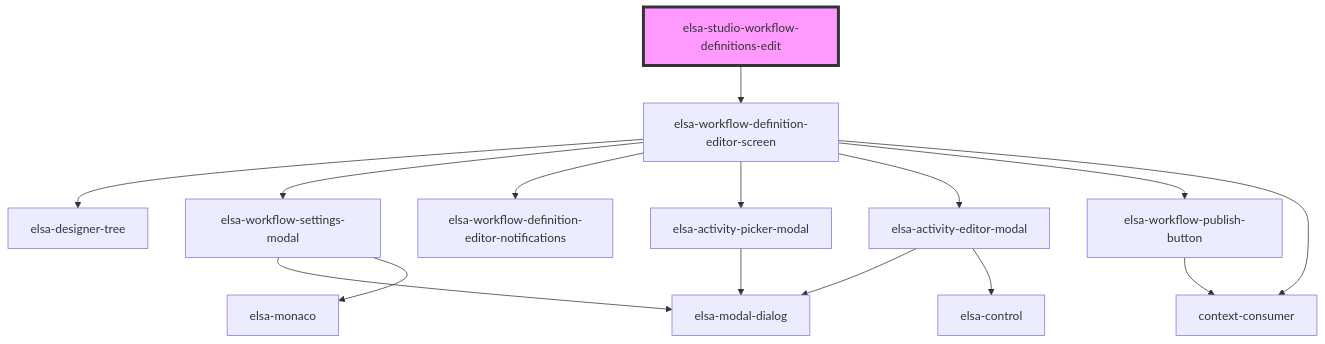
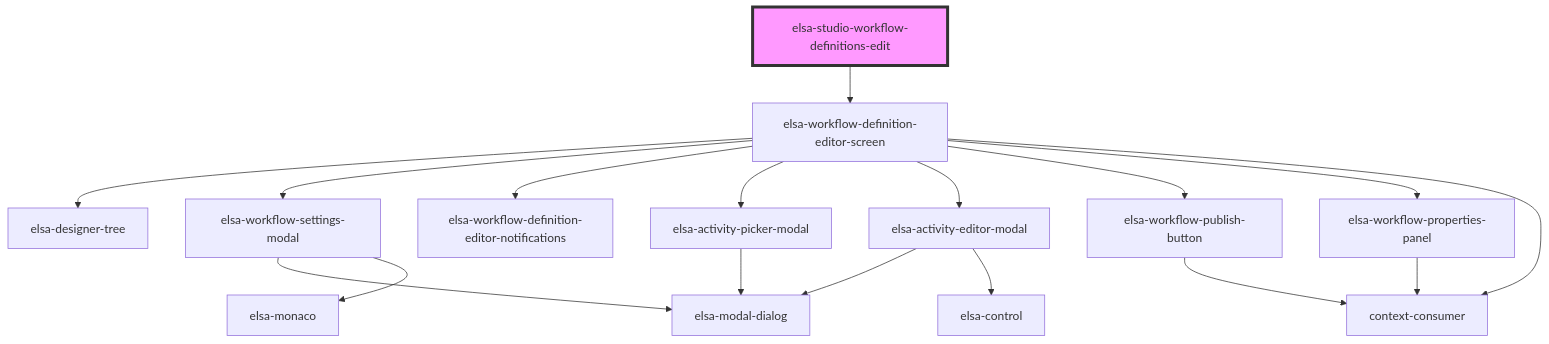
One commit to elsa-workflows/elsa-core changed the diagram in src/designer/elsa-workflows-studio/src/components/dashboard/pages/elsa-studio-workflow-definitions-edit/readme.md. Above: the diagram before and after it, drawn with Mermaid. The commit also changed 5 other files, not shown here.

````diff
--- a/src/designer/elsa-workflows-studio/src/components/dashboard/pages/elsa-studio-workflow-definitions-edit/readme.md
+++ b/src/designer/elsa-workflows-studio/src/components/dashboard/pages/elsa-studio-workflow-definitions-edit/readme.md
@@ -22,18 +22,20 @@
 ```mermaid
 graph TD;
   elsa-studio-workflow-definitions-edit --> elsa-workflow-definition-editor-screen
   elsa-workflow-definition-editor-screen --> elsa-designer-tree
   elsa-workflow-definition-editor-screen --> elsa-workflow-settings-modal
   elsa-workflow-definition-editor-screen --> elsa-workflow-definition-editor-notifications
   elsa-workflow-definition-editor-screen --> elsa-activity-picker-modal
   elsa-workflow-definition-editor-screen --> elsa-activity-editor-modal
   elsa-workflow-definition-editor-screen --> elsa-workflow-publish-button
+  elsa-workflow-definition-editor-screen --> elsa-workflow-properties-panel
   elsa-workflow-definition-editor-screen --> context-consumer
   elsa-workflow-settings-modal --> elsa-modal-dialog
   elsa-workflow-settings-modal --> elsa-monaco
   elsa-activity-picker-modal --> elsa-modal-dialog
   elsa-activity-editor-modal --> elsa-modal-dialog
   elsa-activity-editor-modal --> elsa-control
   elsa-workflow-publish-button --> context-consumer
+  elsa-workflow-properties-panel --> context-consumer
   style elsa-studio-workflow-definitions-edit fill:#f9f,stroke:#333,stroke-width:4px
 ```
````
